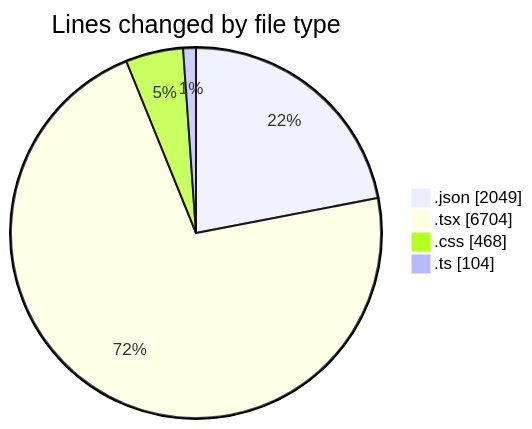
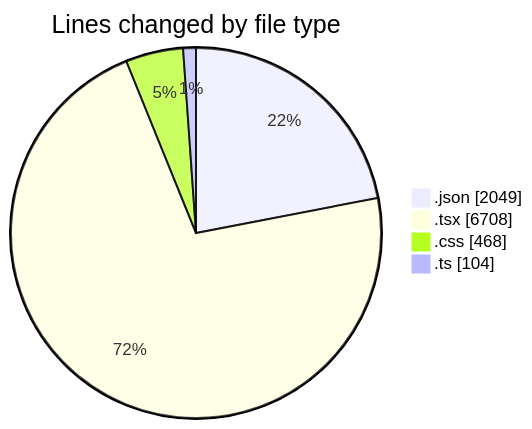
One commit to EIIisD/code-tracking changed the first of 2 diagrams in 2025-08-14/ribbon/README.md. Above: the diagram before and after it, drawn with Mermaid. The commit also changed other lines of this file and 1 other file, not shown here.

````diff
--- a/2025-08-14/ribbon/README.md
+++ b/2025-08-14/ribbon/README.md
@@ -29,8 +29,8 @@
 ```mermaid
 pie showData
 title Lines changed by file type
 ".json" : 2049
-".tsx" : 6704
+".tsx" : 6708
 ".css" : 468
 ".ts" : 104
 ```
````
